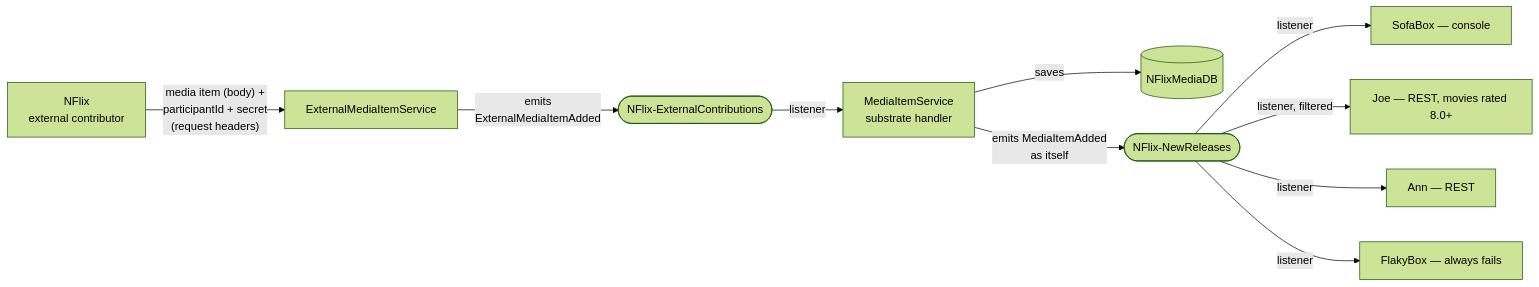
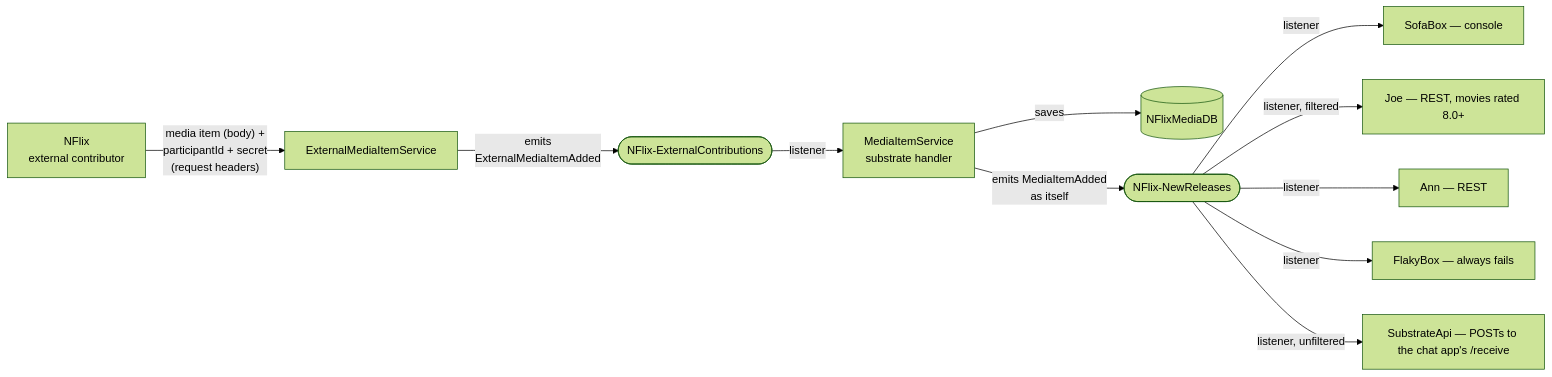
Before and after one commit to The-Standard-Organization/EventHighway: the second of 4 diagrams in EventHighway.ClientV2.SubstrateApp/README.md, drawn with Mermaid (forest theme). The commit also changed other lines of this file and 140 other files, not shown here.

Commit message:
CODE RUB: EventHighway.ClientV2.SubstrateApi

````diff
--- a/EventHighway.ClientV2.SubstrateApp/README.md
+++ b/EventHighway.ClientV2.SubstrateApp/README.md
@@ -71,12 +74,13 @@
 ```mermaid
 flowchart LR
     NFLIX["NFlix<br/>external contributor"] -->|"media item (body) +<br/>participantId + secret<br/>(request headers)"| EXT["ExternalMediaItemService"]
     EXT -->|"emits<br/>ExternalMediaItemAdded"| A1(["NFlix-ExternalContributions"])
     A1 -->|"listener"| MIS["MediaItemService<br/>substrate handler"]
     MIS -->|"saves"| CAT[("NFlixMediaDB")]
     MIS -->|"emits MediaItemAdded<br/>as itself"| A2(["NFlix-NewReleases"])
     A2 -->|"listener"| BB["SofaBox — console"]
     A2 -->|"listener, filtered"| JOE["Joe — REST, movies rated 8.0+"]
     A2 -->|"listener"| ANN["Ann — REST"]
     A2 -->|"listener"| FB["FlakyBox — always fails"]
+    A2 -->|"listener, unfiltered"| API["SubstrateApi — POSTs to the chat app's /receive"]
 ```
````
